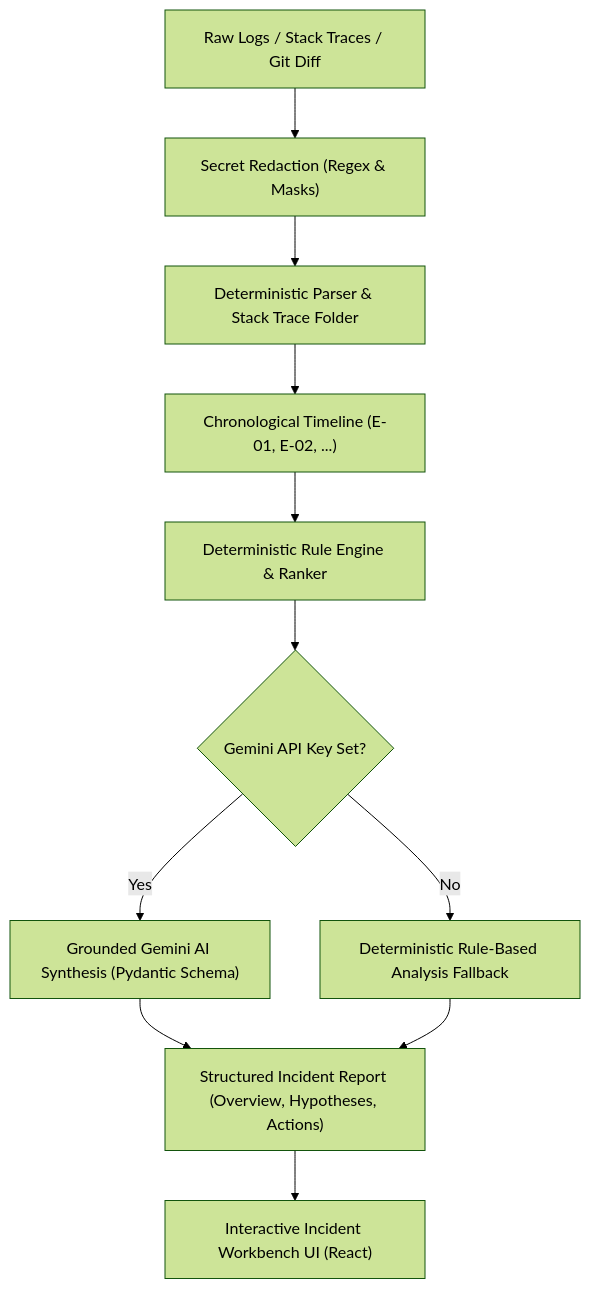
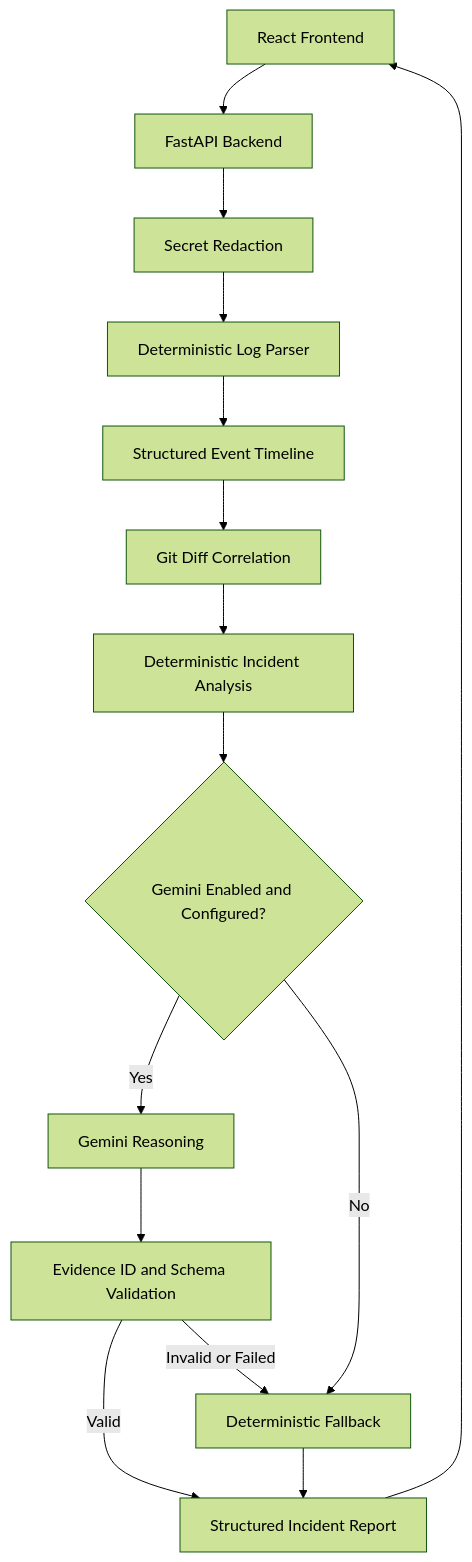
One commit to bhavya-cse/whyrus changed the diagram in README.md. Above: the diagram before and after it, drawn with Mermaid (forest theme). The commit also changed other lines of this file, not shown here.

````diff
--- a/README.md
+++ b/README.md
@@ -23,13 +43,17 @@
 ```mermaid
 flowchart TD
-    A["Raw Logs / Stack Traces / Git Diff"] --> B["Secret Redaction (Regex & Masks)"]
-    B --> C["Deterministic Parser & Stack Trace Folder"]
-    C --> D["Chronological Timeline (E-01, E-02, ...)"]
-    D --> E["Deterministic Rule Engine & Ranker"]
-    E --> F{"Gemini API Key Set?"}
-    F -->|Yes| G["Grounded Gemini AI Synthesis (Pydantic Schema)"]
-    F -->|No| H["Deterministic Rule-Based Analysis Fallback"]
-    G --> I["Structured Incident Report (Overview, Hypotheses, Actions)"]
-    H --> I
-    I --> J["Interactive Incident Workbench UI (React)"]
+    A[React Frontend] --> B[FastAPI Backend]
+    B --> C[Secret Redaction]
+    C --> D[Deterministic Log Parser]
+    D --> E[Structured Event Timeline]
+    E --> F[Git Diff Correlation]
+    F --> G[Deterministic Incident Analysis]
+    G --> H{Gemini Enabled and Configured?}
+    H -->|Yes| I[Gemini Reasoning]
+    I --> J[Evidence ID and Schema Validation]
+    J -->|Valid| K[Structured Incident Report]
+    J -->|Invalid or Failed| L[Deterministic Fallback]
+    H -->|No| L
+    L --> K
+    K --> A
 ```
````
